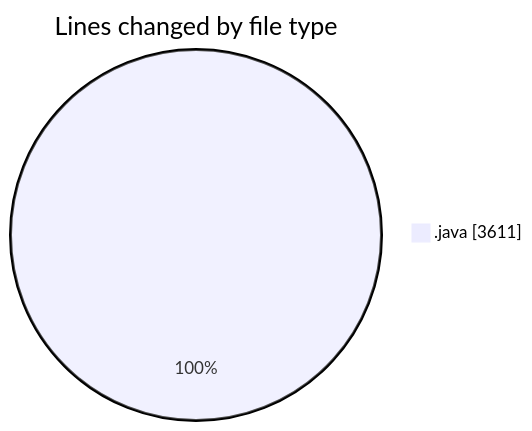
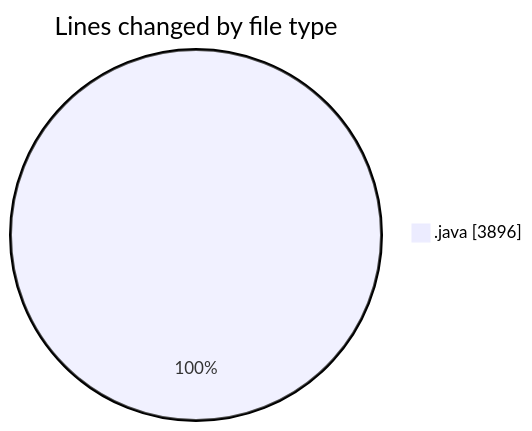
The first of 2 diagrams in 2026-06-25/cilapp/README.md (ricardozamudiocil/code-tracking), drawn with Mermaid before and after one commit. The commit also changed other lines of this file and 1 other file, not shown here.

````diff
--- a/2026-06-25/cilapp/README.md
+++ b/2026-06-25/cilapp/README.md
@@ -21,5 +21,5 @@
 ```mermaid
 pie showData
 title Lines changed by file type
-".java" : 3611
+".java" : 3896
 ```
````
